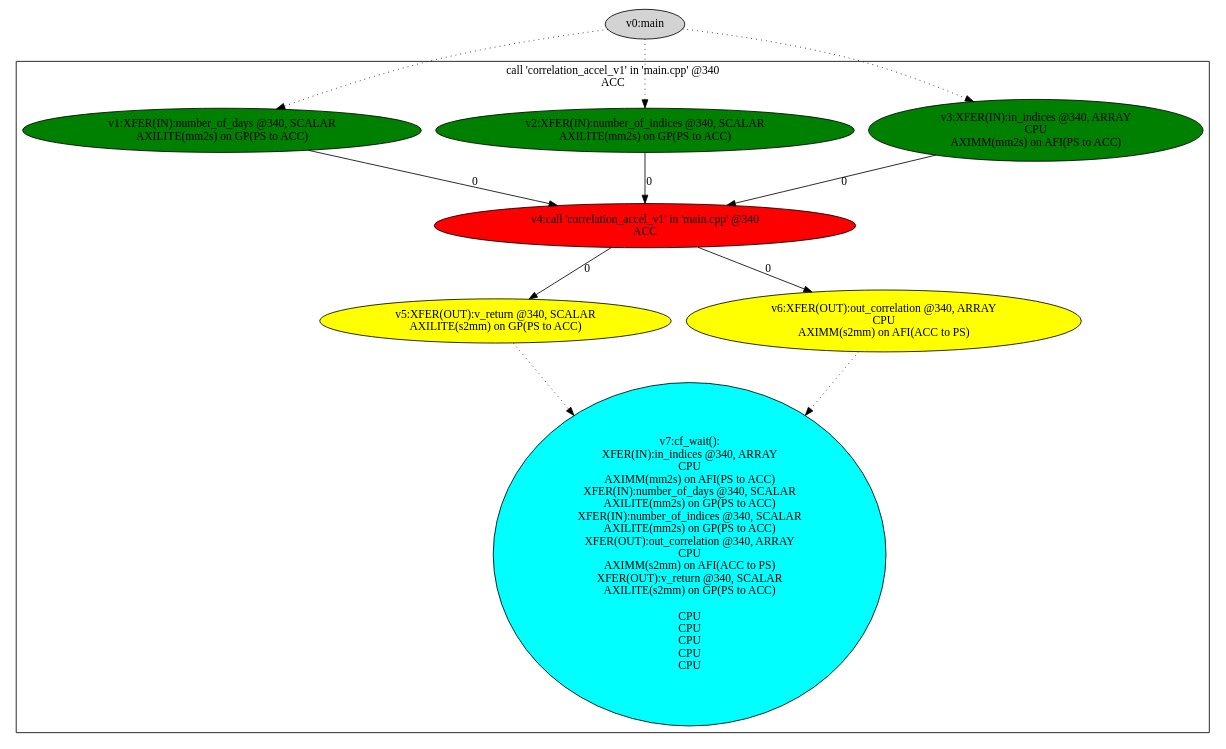
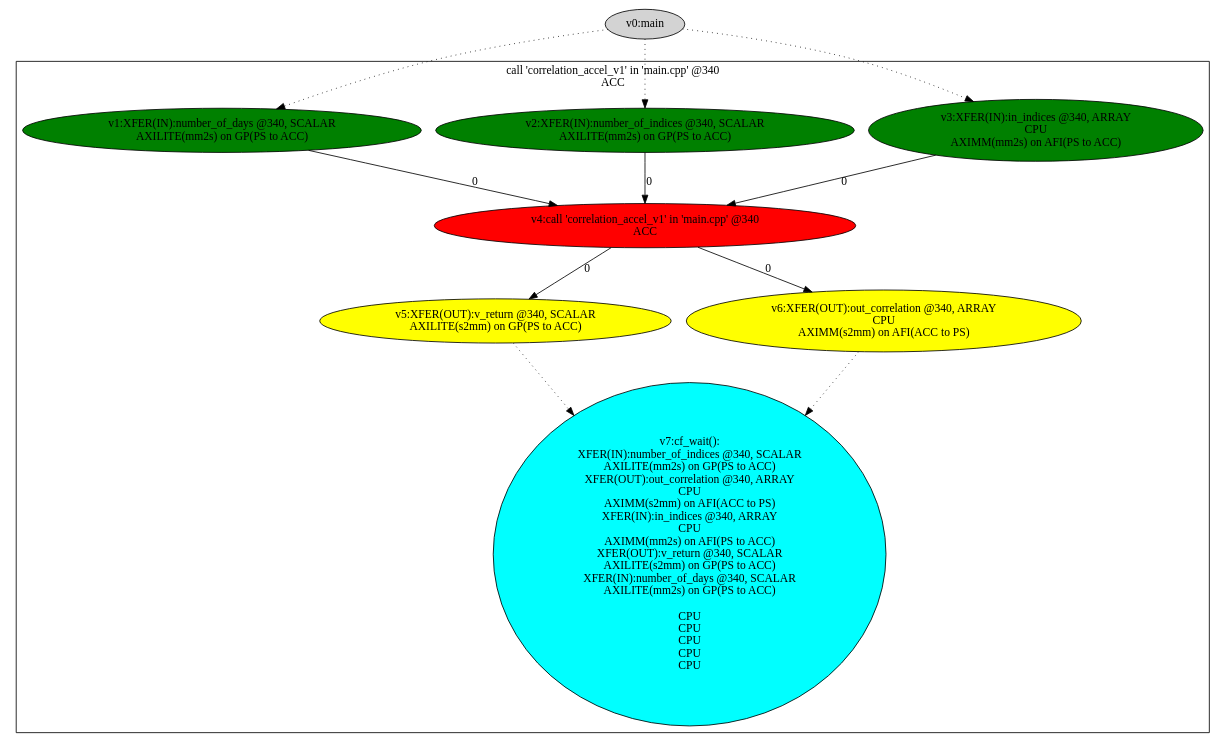
The diagram in workspace/correlation_ver1/correlation_ver1_linux/SDRelease/_sds/.llvm/_p0_dtg.dot (nguyencanhtrung/SDSoC), drawn with Graphviz before and after one commit. The commit also changed 252 other files, not shown here.

```diff
--- a/workspace/correlation_ver1/correlation_ver1_linux/SDRelease/_sds/.llvm/_p0_dtg.dot
+++ b/workspace/correlation_ver1/correlation_ver1_linux/SDRelease/_sds/.llvm/_p0_dtg.dot
@@ -1,30 +1,30 @@
 digraph dm_graph {
 v0 [label = "v0:main" ,style=filled];
 v1 [label = "v1:XFER(IN):number_of_days @340, SCALAR\nAXILITE(mm2s) on GP(PS to ACC)\n" ,style=filled,fillcolor = green];
 v2 [label = "v2:XFER(IN):number_of_indices @340, SCALAR\nAXILITE(mm2s) on GP(PS to ACC)\n" ,style=filled,fillcolor = green];
 v3 [label = "v3:XFER(IN):in_indices @340, ARRAY\nCPU\nAXIMM(mm2s) on AFI(PS to ACC)\n" ,style=filled,fillcolor = green];
 v4 [label = "v4:call 'correlation_accel_v1' in 'main.cpp' @340\nACC\n" ,style=filled,fillcolor = red];
 v5 [label = "v5:XFER(OUT):v_return @340, SCALAR\nAXILITE(s2mm) on GP(PS to ACC)\n" ,style=filled,fillcolor = yellow];
 v6 [label = "v6:XFER(OUT):out_correlation @340, ARRAY\nCPU\nAXIMM(s2mm) on AFI(ACC to PS)\n" ,style=filled,fillcolor = yellow];
-v7 [label = "v7:cf_wait(): \nXFER(IN):in_indices @340, ARRAY\nCPU\nAXIMM(mm2s) on AFI(PS to ACC)\nXFER(IN):number_of_days @340, SCALAR\nAXILITE(mm2s) on GP(PS to ACC)\nXFER(IN):number_of_indices @340, SCALAR\nAXILITE(mm2s) on GP(PS to ACC)\nXFER(OUT):out_correlation @340, ARRAY\nCPU\nAXIMM(s2mm) on AFI(ACC to PS)\nXFER(OUT):v_return @340, SCALAR\nAXILITE(s2mm) on GP(PS to ACC)\n\nCPU\nCPU\nCPU\nCPU\nCPU\n" ,style=filled,fillcolor = cyan];
+v7 [label = "v7:cf_wait(): \nXFER(IN):number_of_indices @340, SCALAR\nAXILITE(mm2s) on GP(PS to ACC)\nXFER(OUT):out_correlation @340, ARRAY\nCPU\nAXIMM(s2mm) on AFI(ACC to PS)\nXFER(IN):in_indices @340, ARRAY\nCPU\nAXIMM(mm2s) on AFI(PS to ACC)\nXFER(OUT):v_return @340, SCALAR\nAXILITE(s2mm) on GP(PS to ACC)\nXFER(IN):number_of_days @340, SCALAR\nAXILITE(mm2s) on GP(PS to ACC)\n\nCPU\nCPU\nCPU\nCPU\nCPU\n" ,style=filled,fillcolor = cyan];
 subgraph cluster0 {
 v1;
 v2;
 v3;
 v4;
 v5;
 v6;
 v7;
 label = "call 'correlation_accel_v1' in 'main.cpp' @340\nACC\n";
 }
 v1 -> v4 [label = "0"];
 v2 -> v4 [label = "0"];
 v3 -> v4 [label = "0"];
 v4 -> v5 [label = "0"];
 v4 -> v6 [label = "0"];
 v5 -> v7 [label = "", style = dotted];
 v6 -> v7 [label = "", style = dotted];
 v0 -> v1 [label = "", style = dotted];
 v0 -> v2 [label = "", style = dotted];
 v0 -> v3 [label = "", style = dotted];
 }
```
